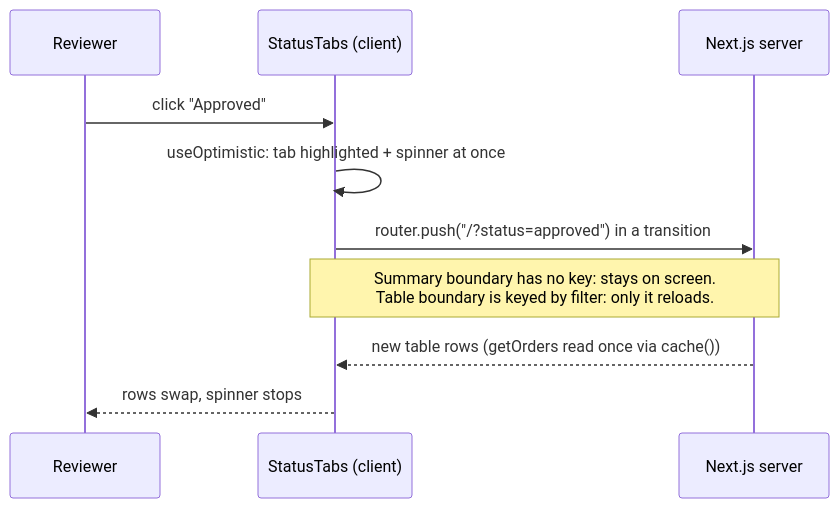
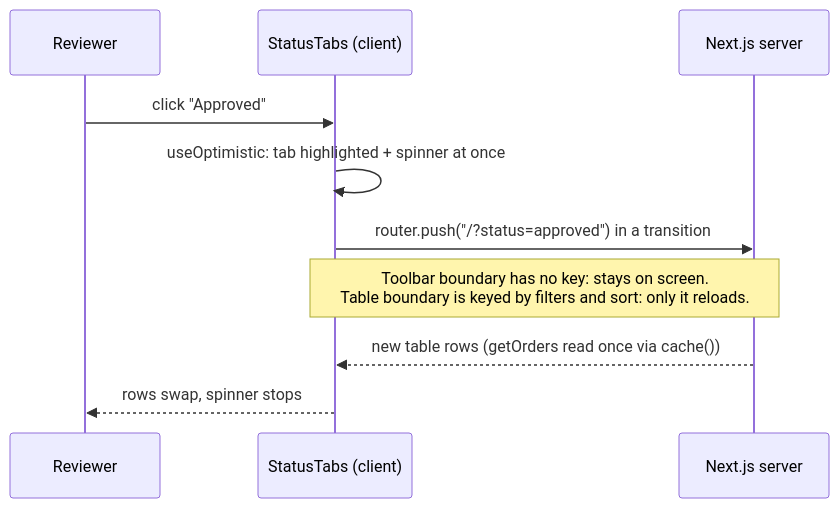
Before and after one commit to TRUPALIX9/bhf-take-home: the sixth of 10 diagrams in docs/DESIGN.md, drawn with Mermaid. The commit also changed other lines of this file and 21 other files, not shown here.

````diff
--- a/docs/DESIGN.md
+++ b/docs/DESIGN.md
@@ -139,12 +143,12 @@
 ```mermaid
 sequenceDiagram
   participant U as Reviewer
   participant T as StatusTabs (client)
   participant S as Next.js server
   U->>T: click "Approved"
   T->>T: useOptimistic: tab highlighted + spinner at once
   T->>S: router.push("/?status=approved") in a transition
-  Note over T,S: Summary boundary has no key: stays on screen.<br/>Table boundary is keyed by filter: only it reloads.
+  Note over T,S: Toolbar boundary has no key: stays on screen.<br/>Table boundary is keyed by filters and sort: only it reloads.
   S-->>T: new table rows (getOrders read once via cache())
   T-->>U: rows swap, spinner stops
 ```
````
